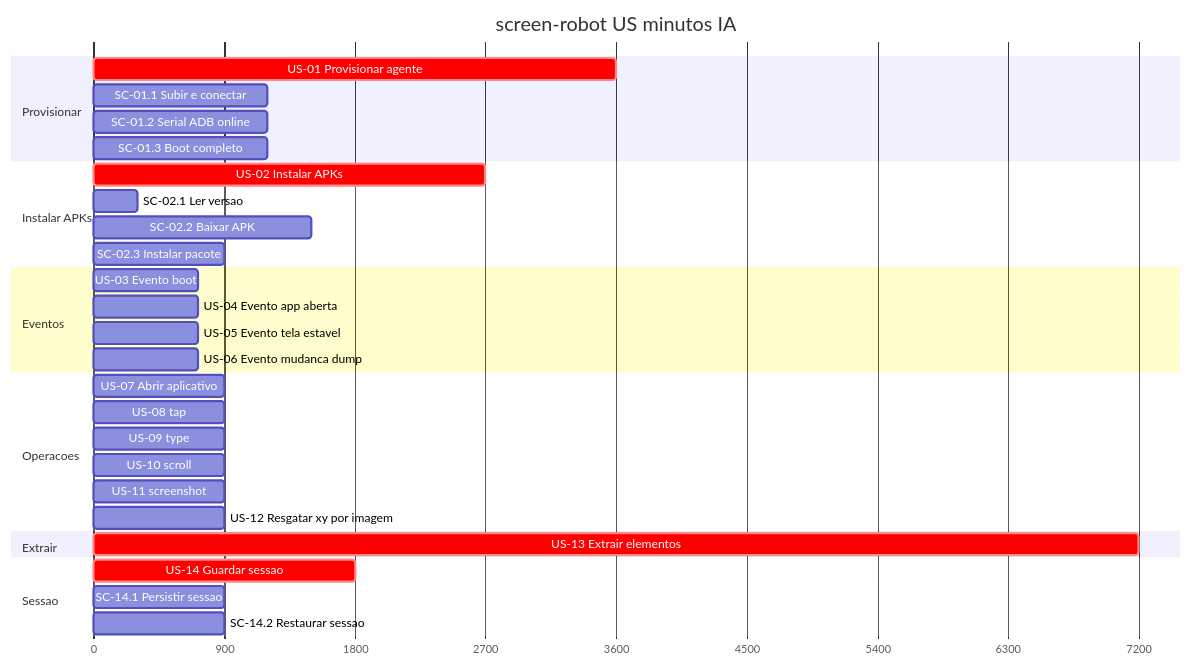
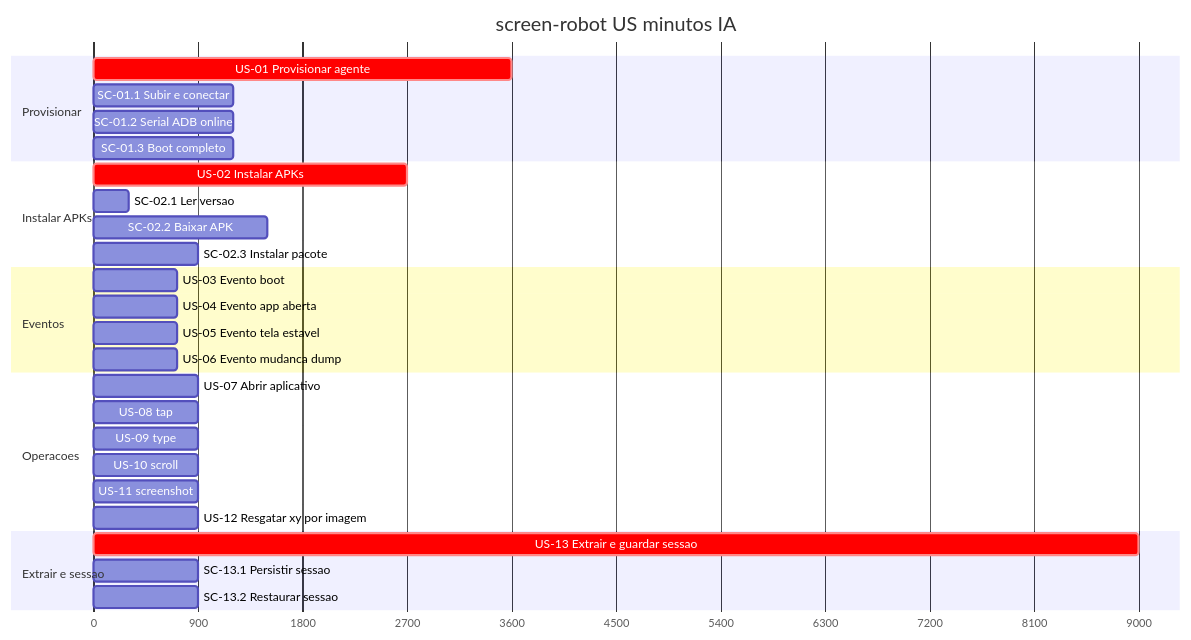
Before and after one commit to laerciogermano/workstation: the first of 2 diagrams in core/tasks/README.md, drawn with Mermaid. The commit also changed other lines of this file and 3 other files, not shown here.

Commit message:
Une US-13 e US-14 em US-13 Extrair elementos e guardar sessão.

````diff
--- a/core/tasks/README.md
+++ b/core/tasks/README.md
@@ -49,40 +48,37 @@
 ```mermaid
 gantt
   title screen-robot US minutos IA
   dateFormat X
   axisFormat %s
 
   section Provisionar
   US-01 Provisionar agente         :crit, p0, 0, 60m
   SC-01.1 Subir e conectar         :p1, 0, 20m
   SC-01.2 Serial ADB online        :p2, 0, 20m
   SC-01.3 Boot completo            :p3, 0, 20m
 
   section Instalar APKs
   US-02 Instalar APKs              :crit, i0, 0, 45m
   SC-02.1 Ler versao               :i1, 0, 5m
   SC-02.2 Baixar APK               :i2, 0, 25m
   SC-02.3 Instalar pacote          :i3, 0, 15m
 
   section Eventos
   US-03 Evento boot                :e1, 0, 12m
   US-04 Evento app aberta          :e2, 0, 12m
   US-05 Evento tela estavel        :e3, 0, 12m
   US-06 Evento mudanca dump        :e4, 0, 12m
 
   section Operacoes
   US-07 Abrir aplicativo           :o1, 0, 15m
   US-08 tap                        :o2, 0, 15m
   US-09 type                       :o3, 0, 15m
   US-10 scroll                     :o4, 0, 15m
   US-11 screenshot                 :o5, 0, 15m
   US-12 Resgatar xy por imagem     :o6, 0, 15m
 
-  section Extrair
-  US-13 Extrair elementos          :crit, x1, 0, 120m
-
-  section Sessao
-  US-14 Guardar sessao             :crit, s0, 0, 30m
-  SC-14.1 Persistir sessao         :s1, 0, 15m
-  SC-14.2 Restaurar sessao         :s2, 0, 15m
+  section Extrair e sessao
+  US-13 Extrair e guardar sessao   :crit, x1, 0, 150m
+  SC-13.1 Persistir sessao         :s1, 0, 15m
+  SC-13.2 Restaurar sessao         :s2, 0, 15m
 ```
````
